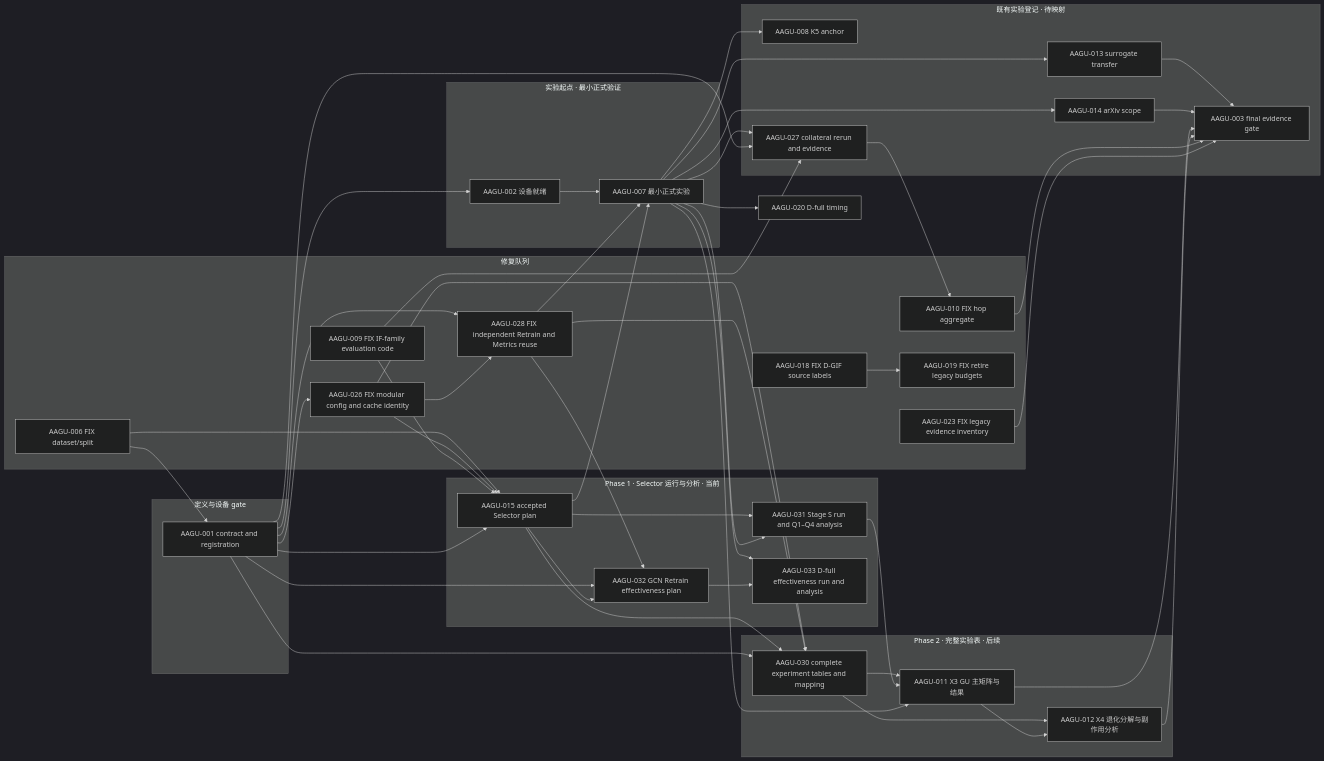
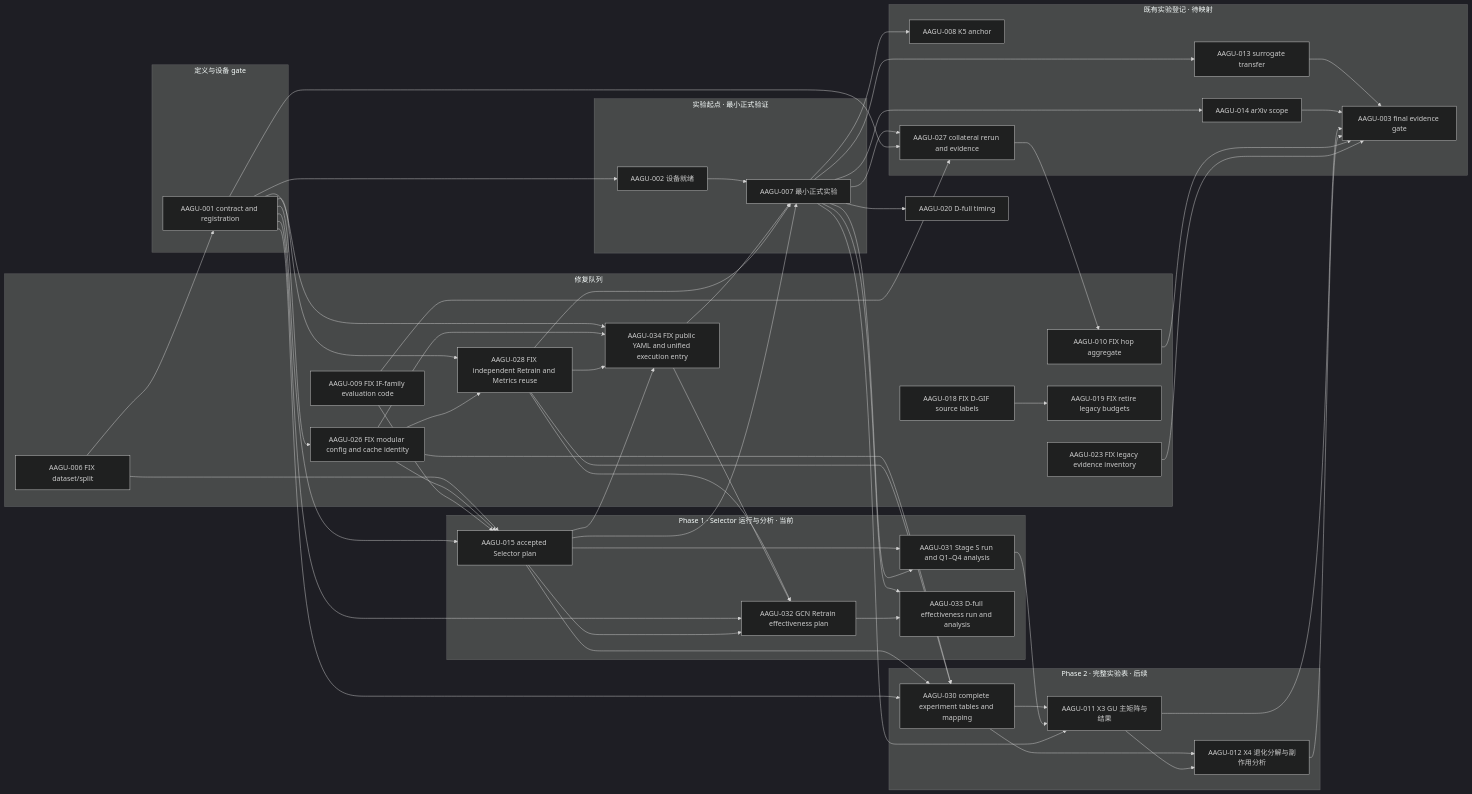
The diagram in GULib-master/self/dashboard/WORKPLAN.md (lelelelelelelelelelelelele/OpenGU), drawn with Mermaid (dark theme) before and after one commit. The commit also changed other lines of this file and 5 other files, not shown here.

Commit message:
init(AAGU-034): register unified experiment configuration and entry repair

```diff
--- a/GULib-master/self/dashboard/WORKPLAN.md
+++ b/GULib-master/self/dashboard/WORKPLAN.md
@@ -89,6 +91,7 @@
     R5[AAGU-023 FIX legacy evidence inventory]
     R6[AAGU-026 FIX modular config and cache identity]
     R7[AAGU-028 FIX independent Retrain and Metrics reuse]
+    R8[AAGU-034 FIX public YAML and unified execution entry]
     R3 --> R4
   end
 
@@ -155,6 +158,12 @@
   M3 --> G2
   M4 --> G2
   G0 --> R6
+  G0 --> R8
+  R6 --> R8
+  T0 --> R8
+  R7 --> R8
+  R8 --> X0
+  R8 --> S1
   G0 --> R7
   R6 --> R7
   R7 --> X0
```
